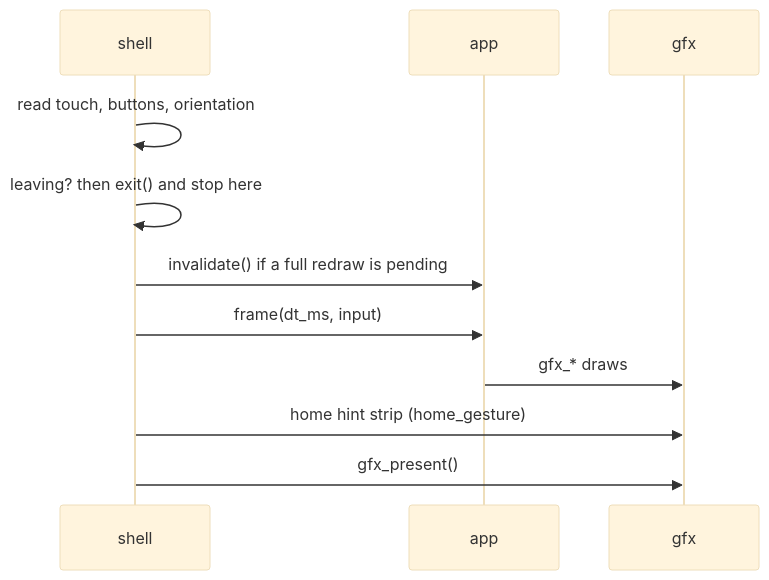
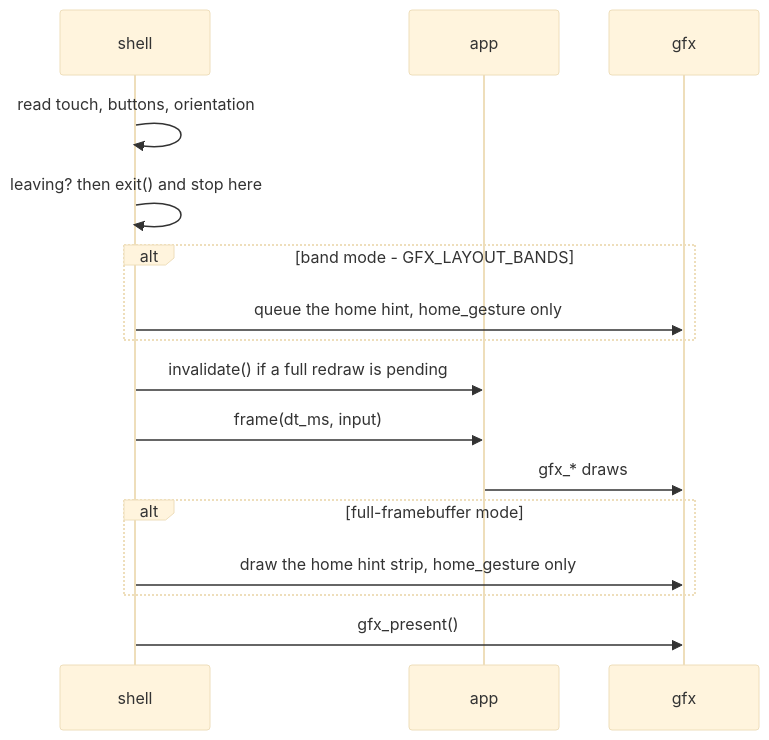
Before and after one commit to jose-villegas/autana: the second of 3 diagrams in docs/Building-an-App.md, drawn with Mermaid (base theme). The commit also changed other lines of this file and 5 other files, not shown here.

````diff
--- a/docs/Building-an-App.md
+++ b/docs/Building-an-App.md
@@ -118,13 +115,18 @@
 ```mermaid
 sequenceDiagram
     participant S as shell
     participant A as app
     participant G as gfx
     S->>S: read touch, buttons, orientation
     S->>S: leaving? then exit() and stop here
+    alt band mode - GFX_LAYOUT_BANDS
+        S->>G: queue the home hint, home_gesture only
+    end
     S->>A: invalidate() if a full redraw is pending
     S->>A: frame(dt_ms, input)
     A->>G: gfx_* draws
-    S->>G: home hint strip (home_gesture)
+    alt full-framebuffer mode
+        S->>G: draw the home hint strip, home_gesture only
+    end
     S->>G: gfx_present()
 ```
````
